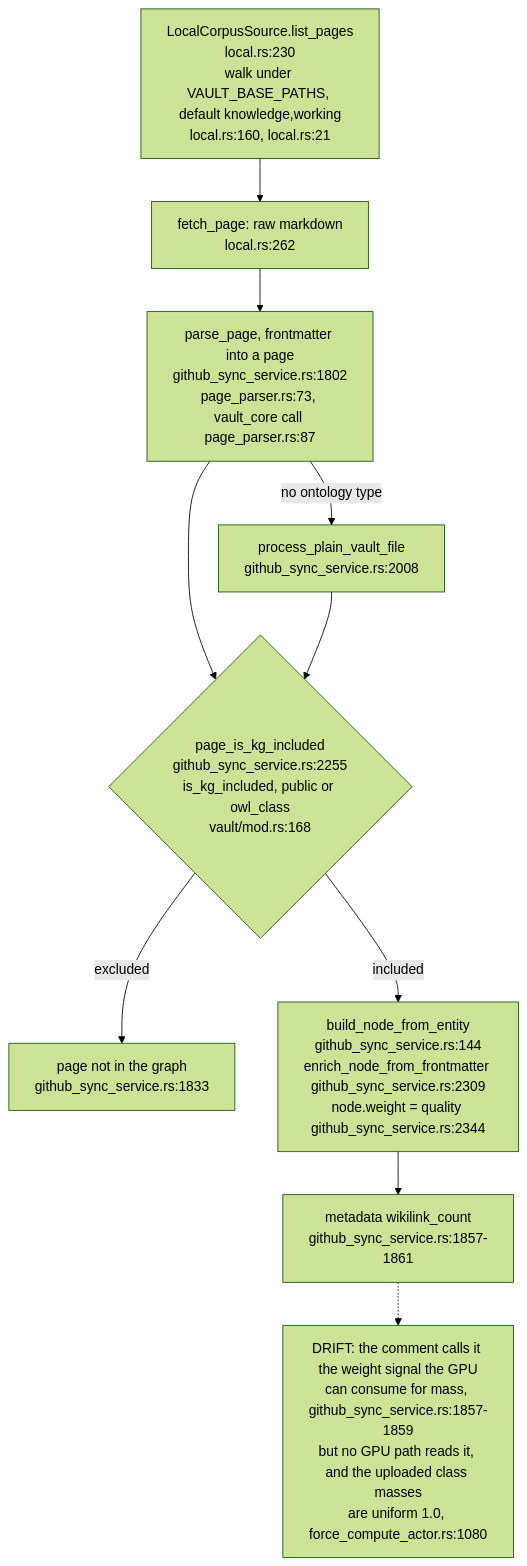
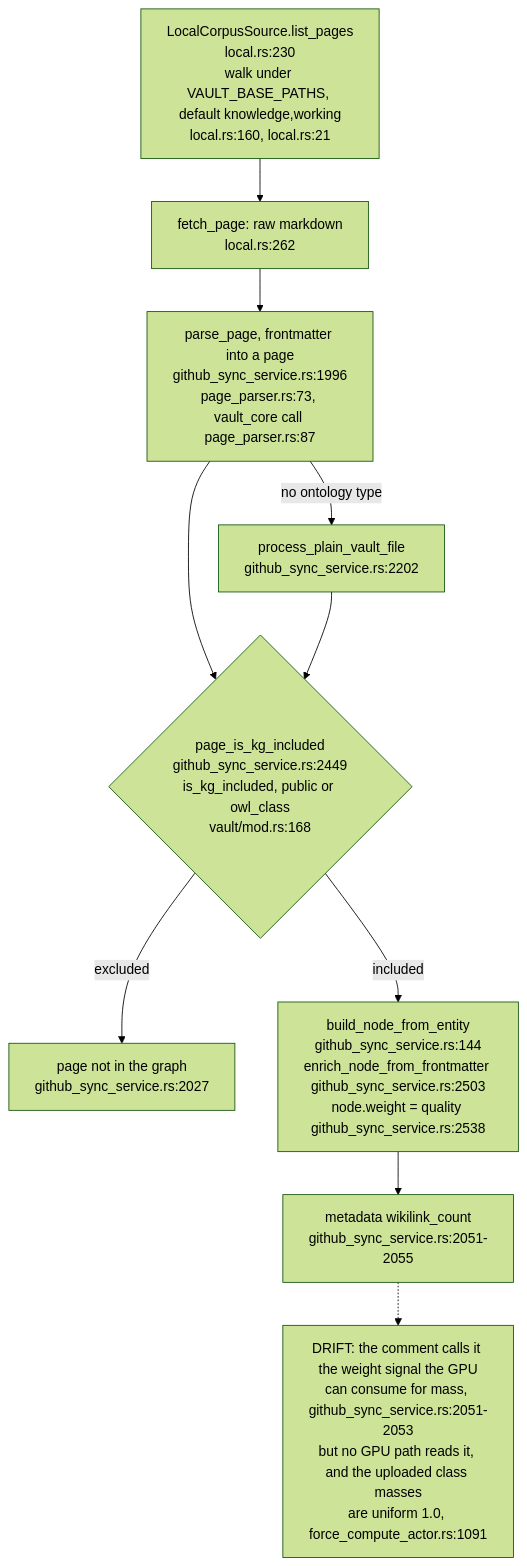
Before and after one commit to DreamLab-AI/VisionFlow: the first of 5 diagrams in docs/diagrams/visionclaw/58-corpus-page-to-gpu-edge.md, drawn with Mermaid (forest theme). The commit also changed other lines of this file and 3 other files, not shown here.

First line of the commit message:
docs(diagrams): roll VC-58..61 to visionclaw main 010e1109b (PR 37 and 38 merged)

````diff
--- a/docs/diagrams/visionclaw/58-corpus-page-to-gpu-edge.md
+++ b/docs/diagrams/visionclaw/58-corpus-page-to-gpu-edge.md
@@ -41,12 +41,12 @@
 ```mermaid
 flowchart TB
     LIST["LocalCorpusSource.list_pages<br/>local.rs:230<br/>walk under VAULT_BASE_PATHS, default knowledge,working<br/>local.rs:160, local.rs:21"] --> FETCH["fetch_page: raw markdown<br/>local.rs:262"]
-    FETCH --> PARSE["parse_page, frontmatter into a page<br/>github_sync_service.rs:1802<br/>page_parser.rs:73, vault_core call page_parser.rs:87"]
-    PARSE -->|"no ontology type"| PLAIN["process_plain_vault_file<br/>github_sync_service.rs:2008"]
-    PARSE --> GATE{"page_is_kg_included<br/>github_sync_service.rs:2255<br/>is_kg_included, public or owl_class<br/>vault/mod.rs:168"}
+    FETCH --> PARSE["parse_page, frontmatter into a page<br/>github_sync_service.rs:1996<br/>page_parser.rs:73, vault_core call page_parser.rs:87"]
+    PARSE -->|"no ontology type"| PLAIN["process_plain_vault_file<br/>github_sync_service.rs:2202"]
+    PARSE --> GATE{"page_is_kg_included<br/>github_sync_service.rs:2449<br/>is_kg_included, public or owl_class<br/>vault/mod.rs:168"}
     PLAIN --> GATE
-    GATE -->|"excluded"| DROP["page not in the graph<br/>github_sync_service.rs:1833"]
-    GATE -->|"included"| NODE["build_node_from_entity<br/>github_sync_service.rs:144<br/>enrich_node_from_frontmatter github_sync_service.rs:2309<br/>node.weight = quality github_sync_service.rs:2344"]
-    NODE --> WLC["metadata wikilink_count<br/>github_sync_service.rs:1857-1861"]
-    WLC -.-> DRIFTW["DRIFT: the comment calls it the weight signal the GPU<br/>can consume for mass, github_sync_service.rs:1857-1859<br/>but no GPU path reads it, and the uploaded class masses<br/>are uniform 1.0, force_compute_actor.rs:1080"]
+    GATE -->|"excluded"| DROP["page not in the graph<br/>github_sync_service.rs:2027"]
+    GATE -->|"included"| NODE["build_node_from_entity<br/>github_sync_service.rs:144<br/>enrich_node_from_frontmatter github_sync_service.rs:2503<br/>node.weight = quality github_sync_service.rs:2538"]
+    NODE --> WLC["metadata wikilink_count<br/>github_sync_service.rs:2051-2055"]
+    WLC -.-> DRIFTW["DRIFT: the comment calls it the weight signal the GPU<br/>can consume for mass, github_sync_service.rs:2051-2053<br/>but no GPU path reads it, and the uploaded class masses<br/>are uniform 1.0, force_compute_actor.rs:1091"]
 ```
````
